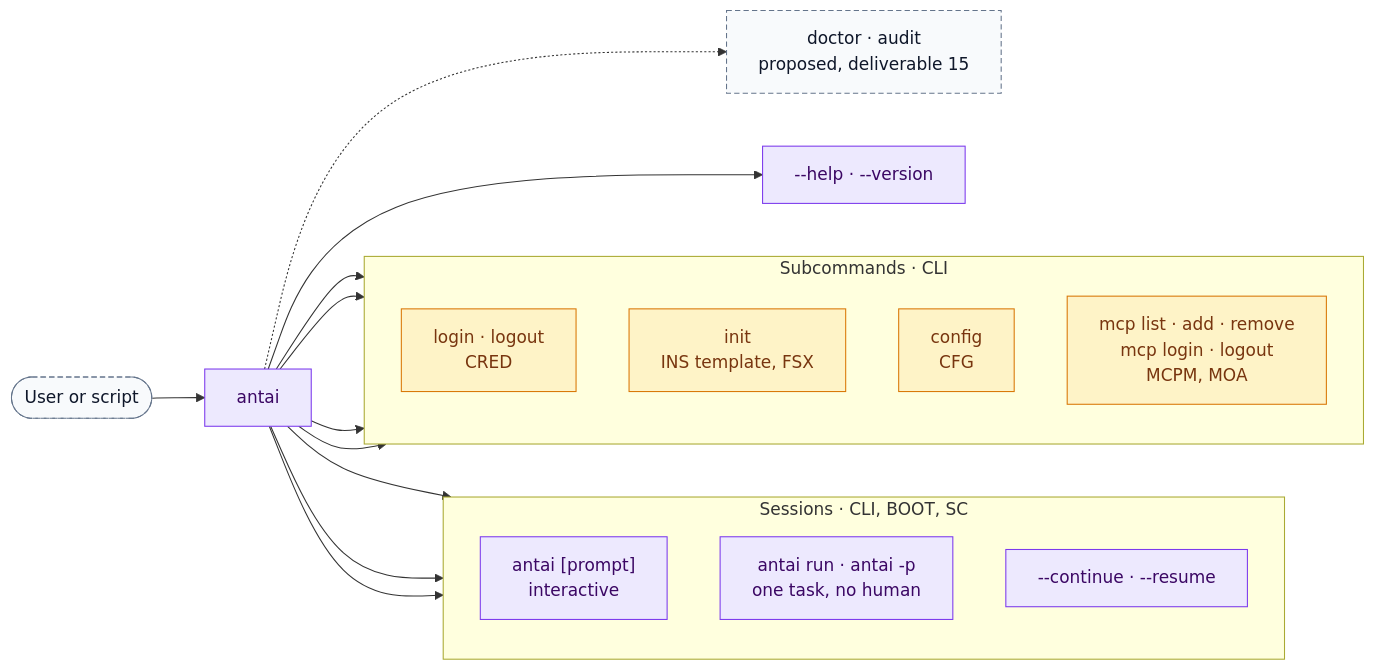
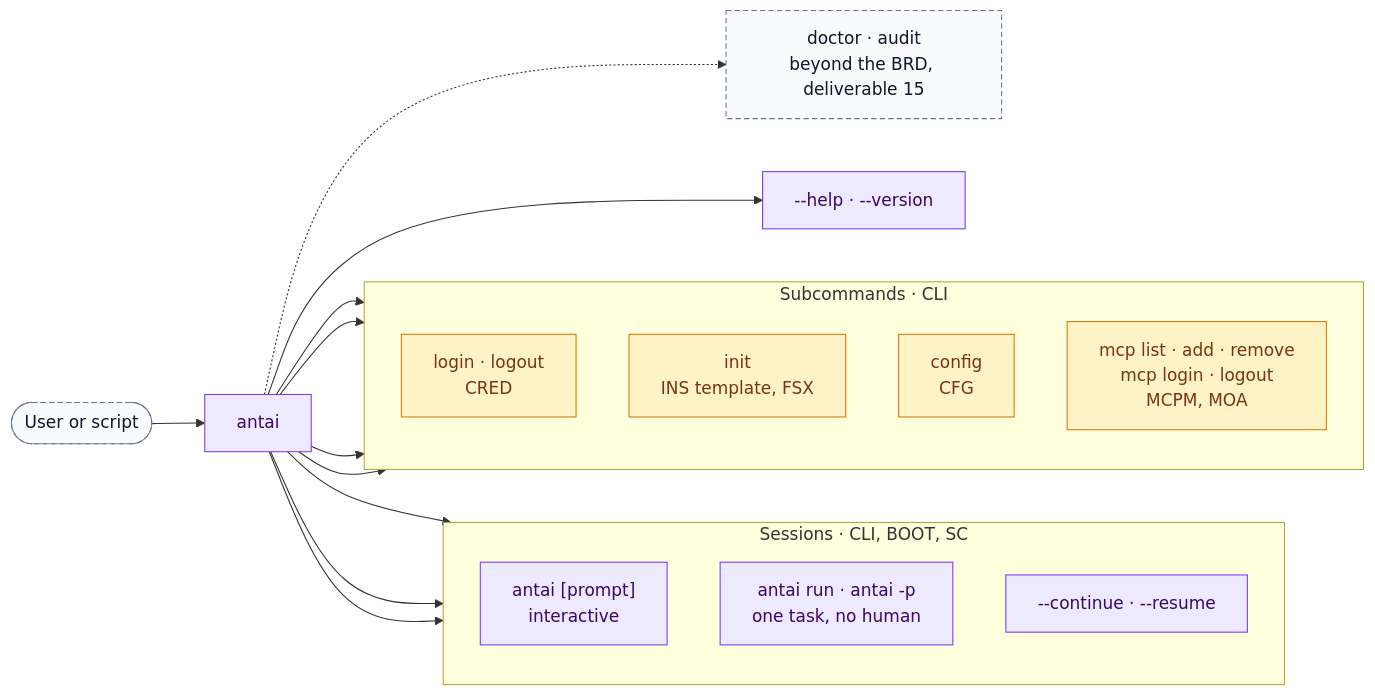
One commit to Dakshnagpal/antai-agent changed the first of 6 diagrams in docs/Deliverables/12_cli_commands_tools_reference.md. Above: the diagram before and after it, drawn with Mermaid. The commit also changed other lines of this file and 18 other files, not shown here.

````diff
--- a/docs/Deliverables/12_cli_commands_tools_reference.md
+++ b/docs/Deliverables/12_cli_commands_tools_reference.md
@@ -87,36 +88,36 @@
 ```mermaid
 flowchart LR
     U(["User or script"])
     A["antai"]
     subgraph SES["Sessions · CLI, BOOT, SC"]
         direction TB
         I["antai [prompt]<br/>interactive"]
         R["antai run · antai -p<br/>one task, no human"]
         C["--continue · --resume"]
     end
     subgraph SUB["Subcommands · CLI"]
         direction TB
         L["login · logout<br/>CRED"]
         N["init<br/>INS template, FSX"]
         G["config<br/>CFG"]
         M["mcp list · add · remove<br/>mcp login · logout<br/>MCPM, MOA"]
     end
-    D["doctor · audit<br/>proposed, deliverable 15"]
+    D["doctor · audit<br/>beyond the BRD, deliverable 15"]
     H["--help · --version"]
     U --> A
     A --> I
     A --> R
     A --> C
     A --> L
     A --> N
     A --> G
     A --> M
     A -.-> D
     A --> H
     classDef orch fill:#ede9fe,stroke:#7c3aed,color:#3b0764
     classDef infra fill:#fef3c7,stroke:#d97706,color:#78350f
     classDef ext fill:#f8fafc,stroke:#64748b,color:#0f172a,stroke-dasharray:5 3
     class A,I,R,C,H orch
     class L,N,G,M infra
     class U,D ext
 ```
````
